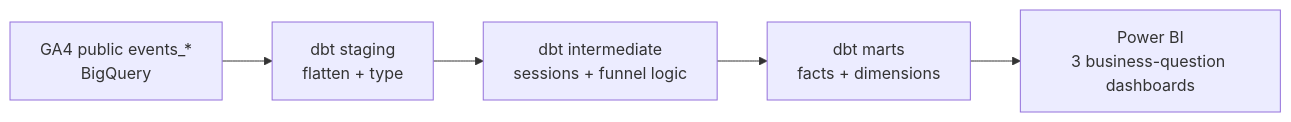
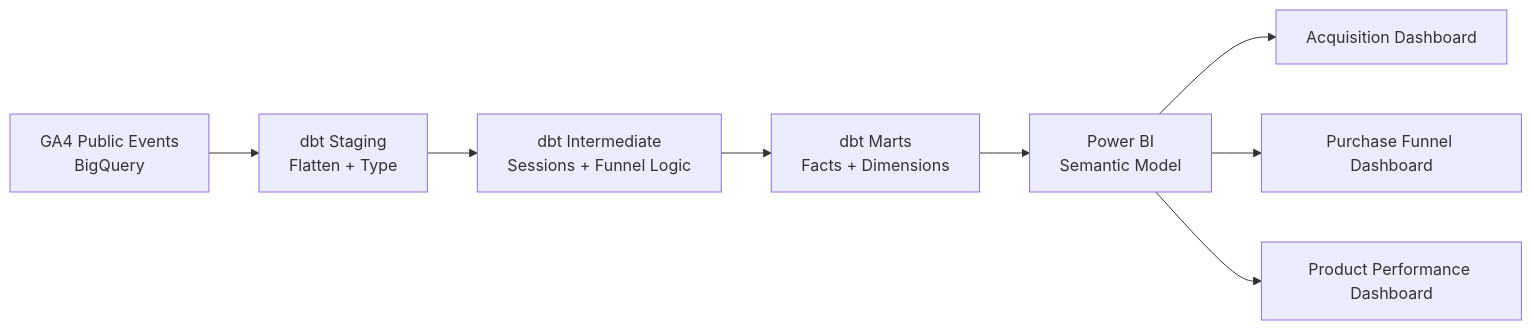
One commit to vybhav-tk/GA4-Ecommerce-Project changed the diagram in README.md. Above: the diagram before and after it, drawn with Mermaid. The commit also changed other lines of this file and 7 other files, not shown here.

Commit message:
Add Power BI dashboards and update portfolio documentation

````diff
--- a/README.md
+++ b/README.md
@@ -21,7 +38,10 @@
 ```mermaid
 flowchart LR
-    A[GA4 public events_*\nBigQuery] --> B[dbt staging\nflatten + type]
-    B --> C[dbt intermediate\nsessions + funnel logic]
-    C --> D[dbt marts\nfacts + dimensions]
-    D --> E[Power BI\n3 business-question dashboards]
+    A[GA4 Public Events<br/>BigQuery] --> B[dbt Staging<br/>Flatten + Type]
+    B --> C[dbt Intermediate<br/>Sessions + Funnel Logic]
+    C --> D[dbt Marts<br/>Facts + Dimensions]
+    D --> E[Power BI<br/>Semantic Model]
+    E --> F[Acquisition Dashboard]
+    E --> G[Purchase Funnel Dashboard]
+    E --> H[Product Performance Dashboard]
 ```
````
